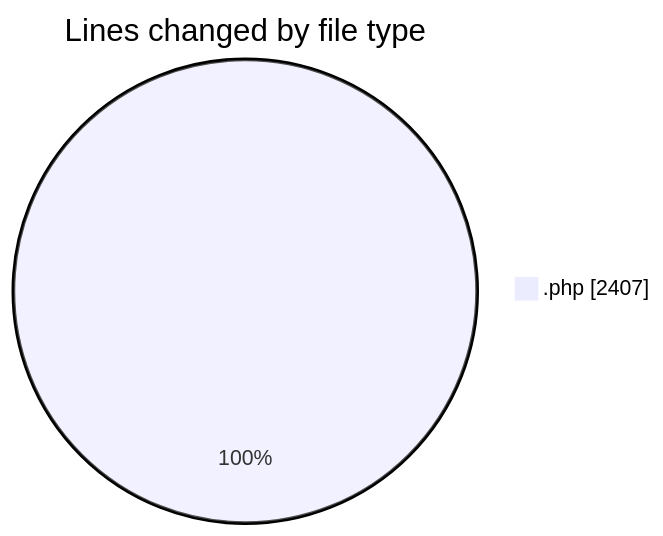
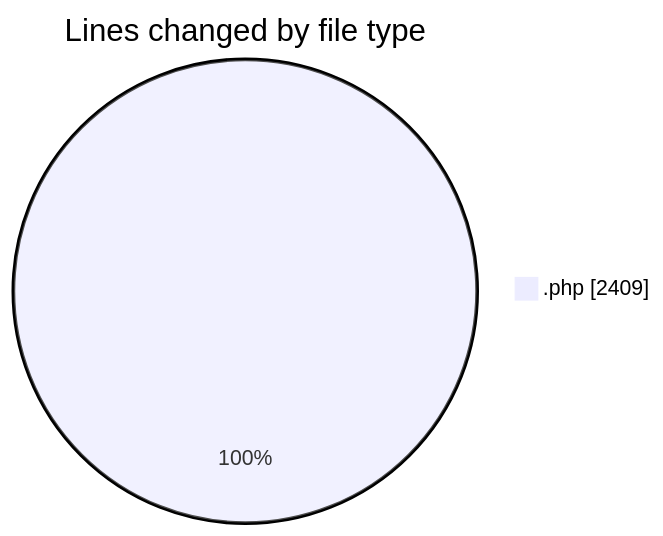
One commit to debugP/code-tracking changed the first of 2 diagrams in 2025-10-08/untitled__workspace_/README.md. Above: the diagram before and after it, drawn with Mermaid. The commit also changed other lines of this file and 1 other file, not shown here.

````diff
--- a/2025-10-08/untitled__workspace_/README.md
+++ b/2025-10-08/untitled__workspace_/README.md
@@ -24,5 +24,5 @@
 ```mermaid
 pie showData
 title Lines changed by file type
-".php" : 2407
+".php" : 2409
 ```
````
